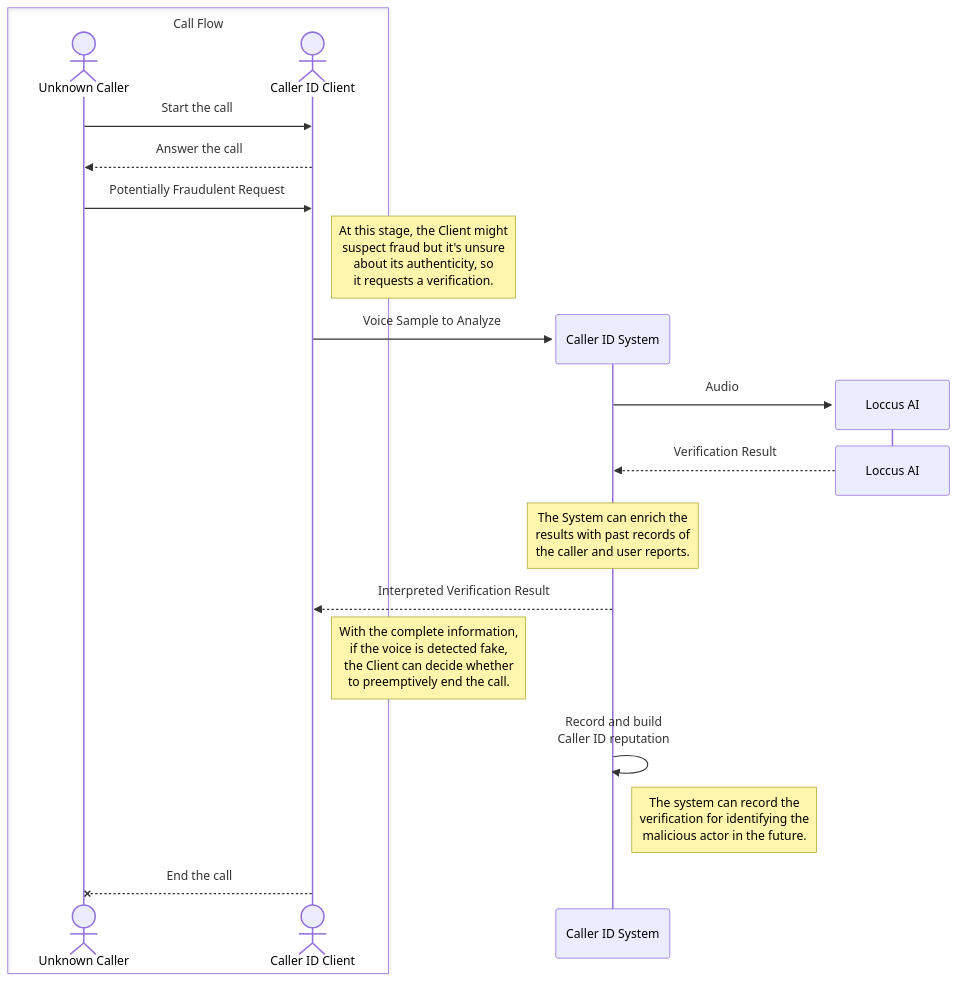
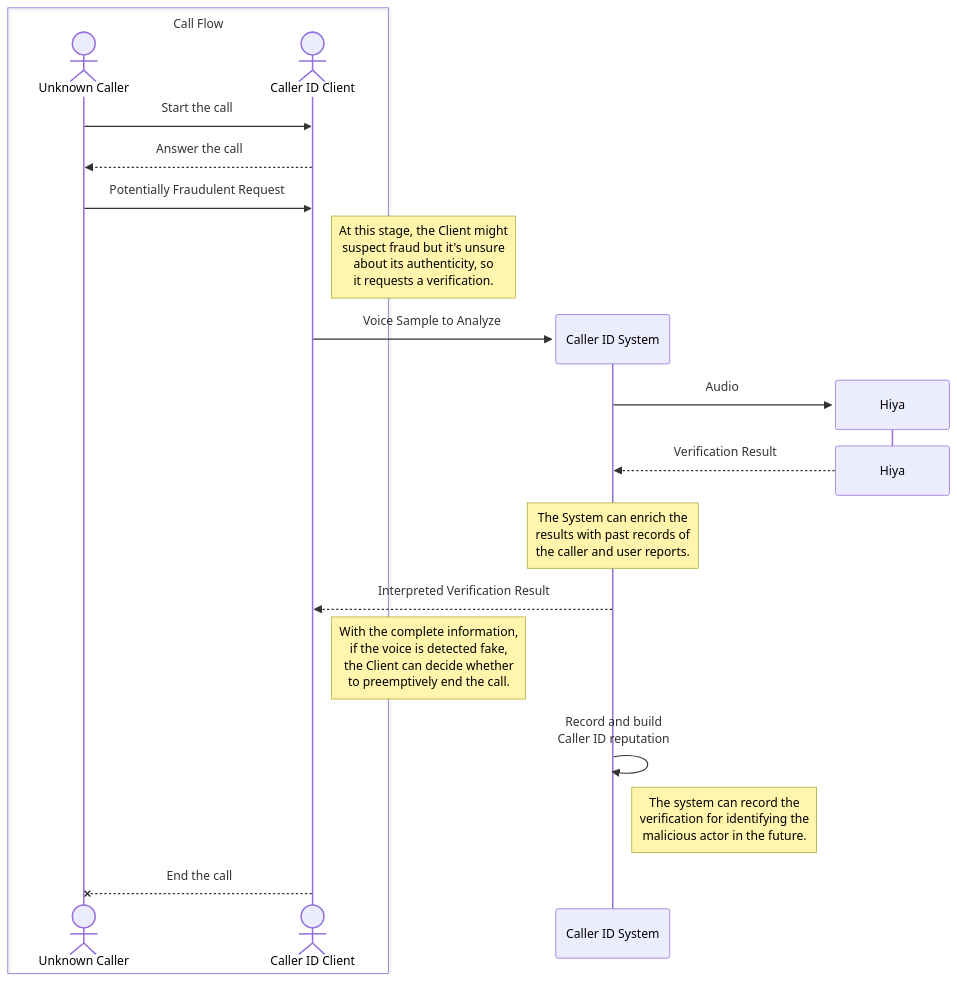
Before and after one commit to Victor-Hiya/docs: the first of 3 diagrams in use-cases/authenticity/caller-id-authenticity-use-case.mdx, drawn with Mermaid. The commit also changed other lines of this file and 19 other files, not shown here.

````diff
--- a/use-cases/authenticity/caller-id-authenticity-use-case.mdx
+++ b/use-cases/authenticity/caller-id-authenticity-use-case.mdx
@@ -36,24 +48,24 @@
 ```mermaid
 sequenceDiagram
 box Call Flow
 actor Unknown Caller
 actor Caller ID Client
 end
 Unknown Caller ->> Caller ID Client: Start the call
 Caller ID Client -->> Unknown Caller: Answer the call
 Unknown Caller ->> Caller ID Client: Potentially Fraudulent Request
 note right of Caller ID Client: At this stage, the Client might<br>suspect fraud but it's unsure<br>about its authenticity, so<br>it requests a verification.
 create participant Caller ID System
 Caller ID Client ->> Caller ID System: Voice Sample to Analyze
-create participant Loccus AI
-Caller ID System ->> Loccus AI: Audio
-destroy Loccus AI
-Loccus AI -->> Caller ID System: Verification Result
+create participant Hiya
+Caller ID System ->> Hiya: Audio
+destroy Hiya
+Hiya -->> Caller ID System: Verification Result
 destroy Caller ID System
 note over Caller ID System: The System can enrich the<br>results with past records of<br>the caller and user reports.
 Caller ID System -->> Caller ID Client: Interpreted Verification Result
 note right of Caller ID Client: With the complete information,<br> if the voice is detected fake,<br>the Client can decide whether<br>to preemptively end the call.
 Caller ID System ->> Caller ID System: Record and build<br>Caller ID reputation
-note right of Caller ID System: The system can record the <br>verification for identifying the<br>malicious actor in the future. 
+note right of Caller ID System: The system can record the <br>verification for identifying the<br>malicious actor in the future.
 Caller ID Client --x Unknown Caller: End the call
 ```
````
